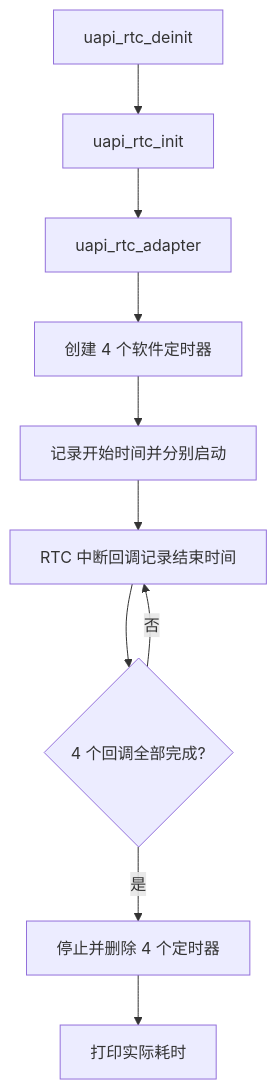
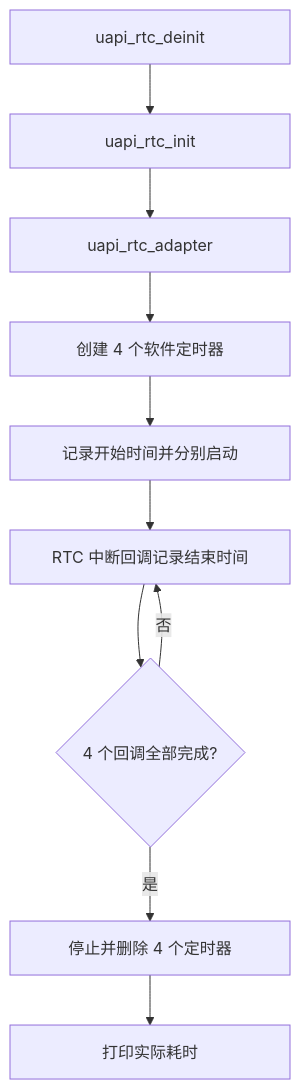
The second of 2 diagrams in docs/zh-CN/samples/peripherals/rtc/rtc.md (sanchuanhehe/fbb_ws53), drawn with Mermaid before and after one commit. The commit also changed other lines of this file and 8 other files, not shown here.

First line of the commit message:
docs: 优化 WS53 示例流程图与配置说明

````diff
--- a/docs/zh-CN/samples/peripherals/rtc/rtc.md
+++ b/docs/zh-CN/samples/peripherals/rtc/rtc.md
@@ -64,12 +64,12 @@
 ```mermaid
 flowchart TD
-    A[uapi_rtc_deinit] --> B[uapi_rtc_init]
-    B --> C[uapi_rtc_adapter]
-    C --> D[创建 4 个软件定时器]
-    D --> E[记录开始时间并分别启动]
-    E --> F[RTC 中断回调记录结束时间]
+    A["<div style='width: 220px;'>uapi_rtc_deinit</div>"] --> B["<div style='width: 220px;'>uapi_rtc_init</div>"]
+    B --> C["<div style='width: 220px;'>uapi_rtc_adapter</div>"]
+    C --> D["<div style='width: 220px;'>创建 4 个软件定时器</div>"]
+    D --> E["<div style='width: 220px;'>记录开始时间并分别启动</div>"]
+    E --> F["<div style='width: 220px;'>RTC 中断回调记录结束时间</div>"]
     F --> G{4 个回调全部完成?}
     G -->|否| F
-    G -->|是| H[停止并删除 4 个定时器]
-    H --> I[打印实际耗时]
+    G -->|是| H["<div style='width: 220px;'>停止并删除 4 个定时器</div>"]
+    H --> I["<div style='width: 220px;'>打印实际耗时</div>"]
 ```
````
